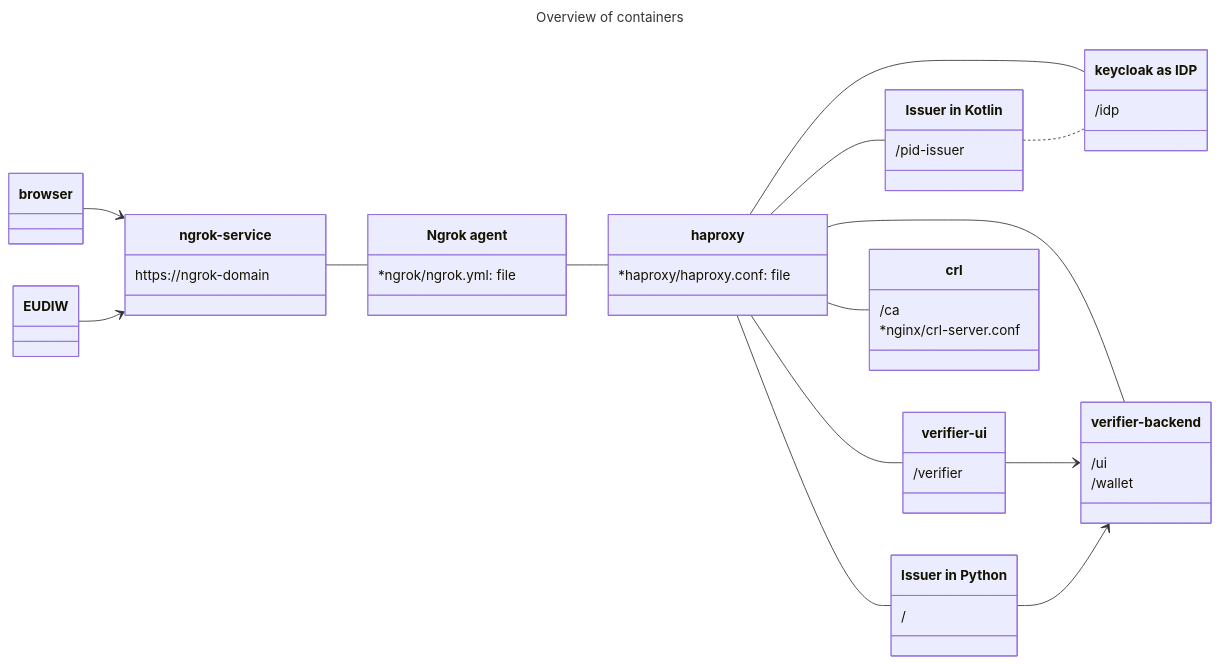
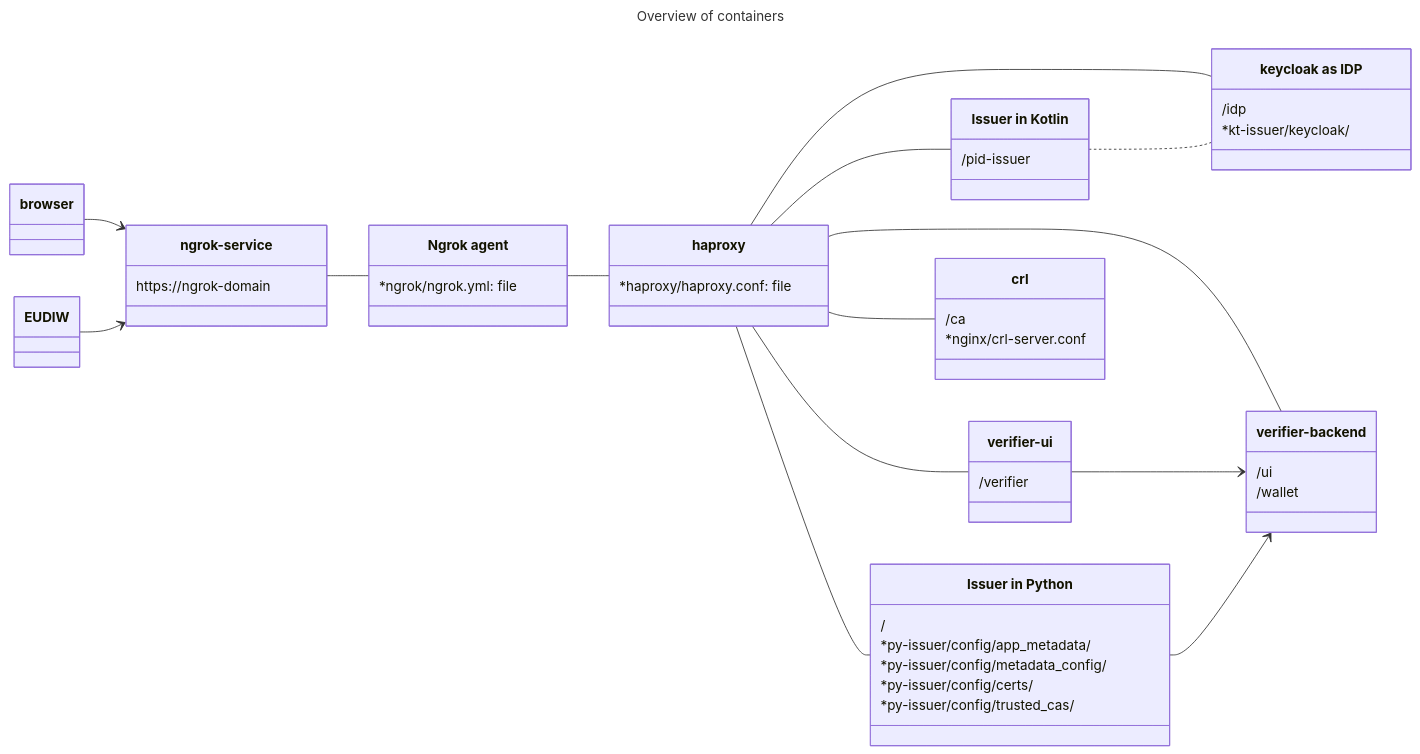
The diagram in README.md (potential-nl-blsp/eudi-poc-nl), drawn with Mermaid before and after one commit. The commit also changed other lines of this file, not shown here.

````diff
--- a/README.md
+++ b/README.md
@@ -11,65 +11,70 @@
 ```mermaid
 ---
 title: Overview of containers
 ---
 classDiagram
     direction LR
 
     class browser { }
 
     class EUDIW { }
     
     class ngrok-service { 
         https://ngrok-domain
     }
 
     class ngrok["Ngrok agent"] {  
         *ngrok/ngrok.yml: file
     }
 
     class haproxy { 
         *haproxy/haproxy.conf: file
     }
     
     class verifier-ui { 
         /verifier
     }
  
     class verifier-backend {
         /ui
         /wallet
     }
     
     class py-issuer["Issuer in Python"] { 
         /
+        *py-issuer/config/app_metadata/
+        *py-issuer/config/metadata_config/
+        *py-issuer/config/certs/
+        *py-issuer/config/trusted_cas/
     }
     
     class pid-issuer["Issuer in Kotlin"] {
         /pid-issuer
     }
 
     class keycloak["keycloak as IDP"] {
         /idp
+        *kt-issuer/keycloak/
     } 
 
     class crl {
         /ca
         *nginx/crl-server.conf
     }
 
     browser --> ngrok-service
     EUDIW --> ngrok-service
     ngrok-service -- ngrok
     ngrok -- haproxy
     haproxy -- pid-issuer
     haproxy -- keycloak
     pid-issuer .. keycloak
     haproxy -- py-issuer
     haproxy -- crl
     haproxy -- verifier-ui
     haproxy -- verifier-backend
     verifier-ui --> verifier-backend
     py-issuer --> verifier-backend
 
 
 ```
````
